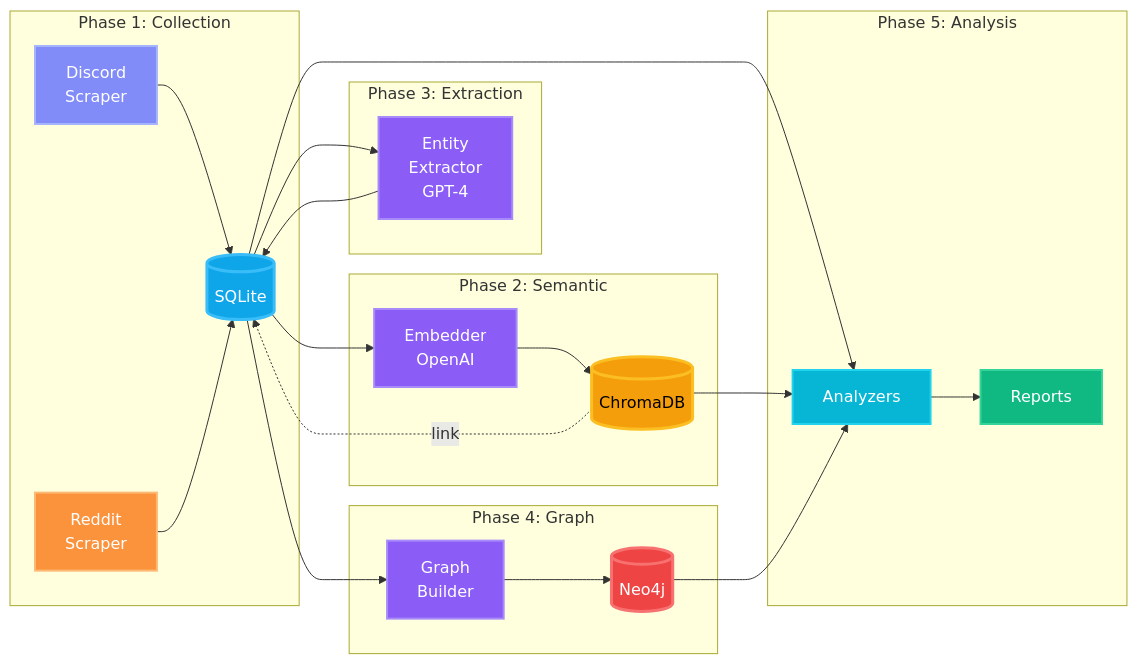
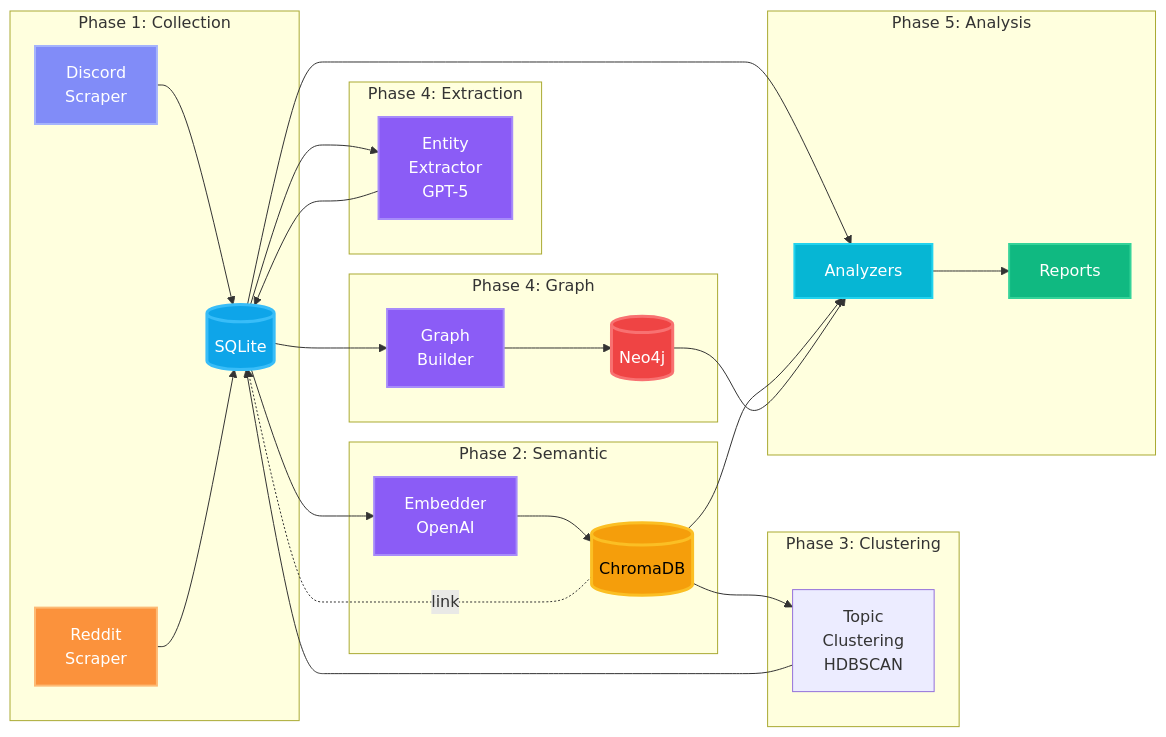
Before and after one commit to ul0gic/discredit: the fourth of 4 diagrams in README.md, drawn with Mermaid. The commit also changed other lines of this file and 4 other files, not shown here.

Commit message:
Enhance clustering functionality: update to GPT-5, add clustering tables, and implement clustering run metadata storage

````diff
--- a/README.md
+++ b/README.md
@@ -228,41 +234,46 @@
 ```mermaid
 flowchart LR
     subgraph "Phase 1: Collection"
         D[Discord<br/>Scraper] --> S[(SQLite)]
         R[Reddit<br/>Scraper] --> S
     end
 
     subgraph "Phase 2: Semantic"
         S --> E[Embedder<br/>OpenAI]
         E --> C[(ChromaDB)]
         C -.link.-> S
     end
 
-    subgraph "Phase 3: Extraction"
-        S --> X[Entity<br/>Extractor<br/>GPT-4]
+    subgraph "Phase 3: Clustering"
+        C --> CL[Topic<br/>Clustering<br/>HDBSCAN]
+        CL --> S
+    end
+
+    subgraph "Phase 4: Extraction"
+        S --> X[Entity<br/>Extractor<br/>GPT-5]
         X --> S
     end
 
     subgraph "Phase 4: Graph"
         S --> G[Graph<br/>Builder]
         G --> N[(Neo4j)]
     end
 
     subgraph "Phase 5: Analysis"
         S --> A[Analyzers]
         C --> A
         N --> A
         A --> O[Reports]
     end
 
     style S fill:#0ea5e9,stroke:#38bdf8,stroke-width:3px,color:#fff
     style C fill:#f59e0b,stroke:#fbbf24,stroke-width:3px,color:#000
     style N fill:#ef4444,stroke:#f87171,stroke-width:3px,color:#fff
     style D fill:#818cf8,stroke:#a5b4fc,stroke-width:2px,color:#fff
     style R fill:#fb923c,stroke:#fdba74,stroke-width:2px,color:#fff
     style E fill:#8b5cf6,stroke:#a78bfa,stroke-width:2px,color:#fff
     style X fill:#8b5cf6,stroke:#a78bfa,stroke-width:2px,color:#fff
     style G fill:#8b5cf6,stroke:#a78bfa,stroke-width:2px,color:#fff
     style A fill:#06b6d4,stroke:#22d3ee,stroke-width:2px,color:#fff
     style O fill:#10b981,stroke:#34d399,stroke-width:2px,color:#fff
 ```
````
